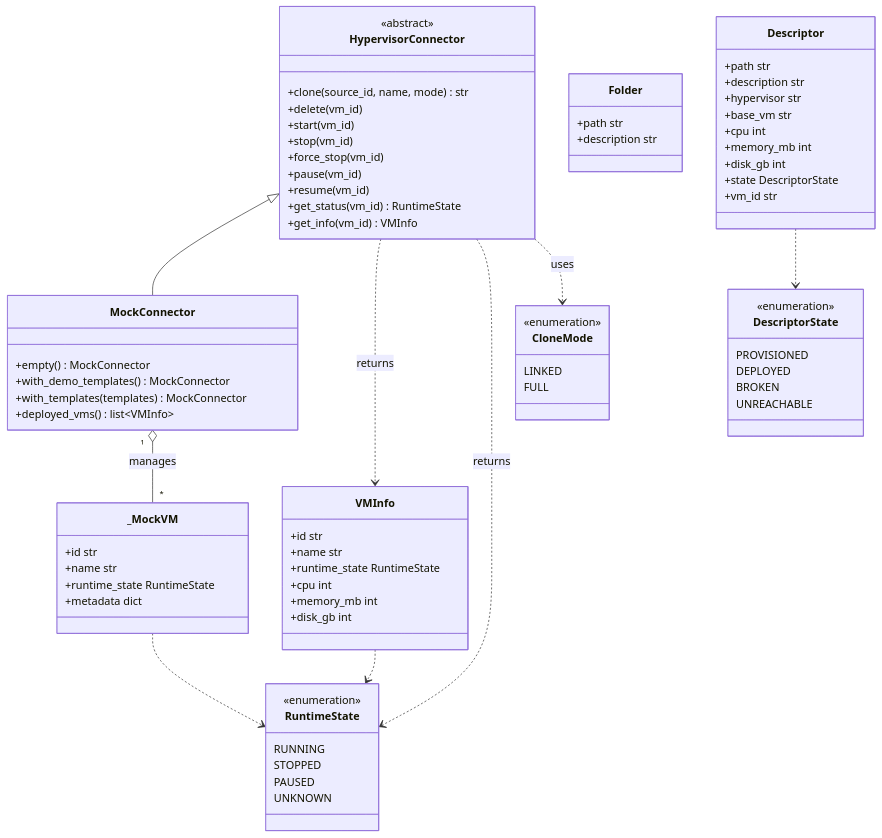
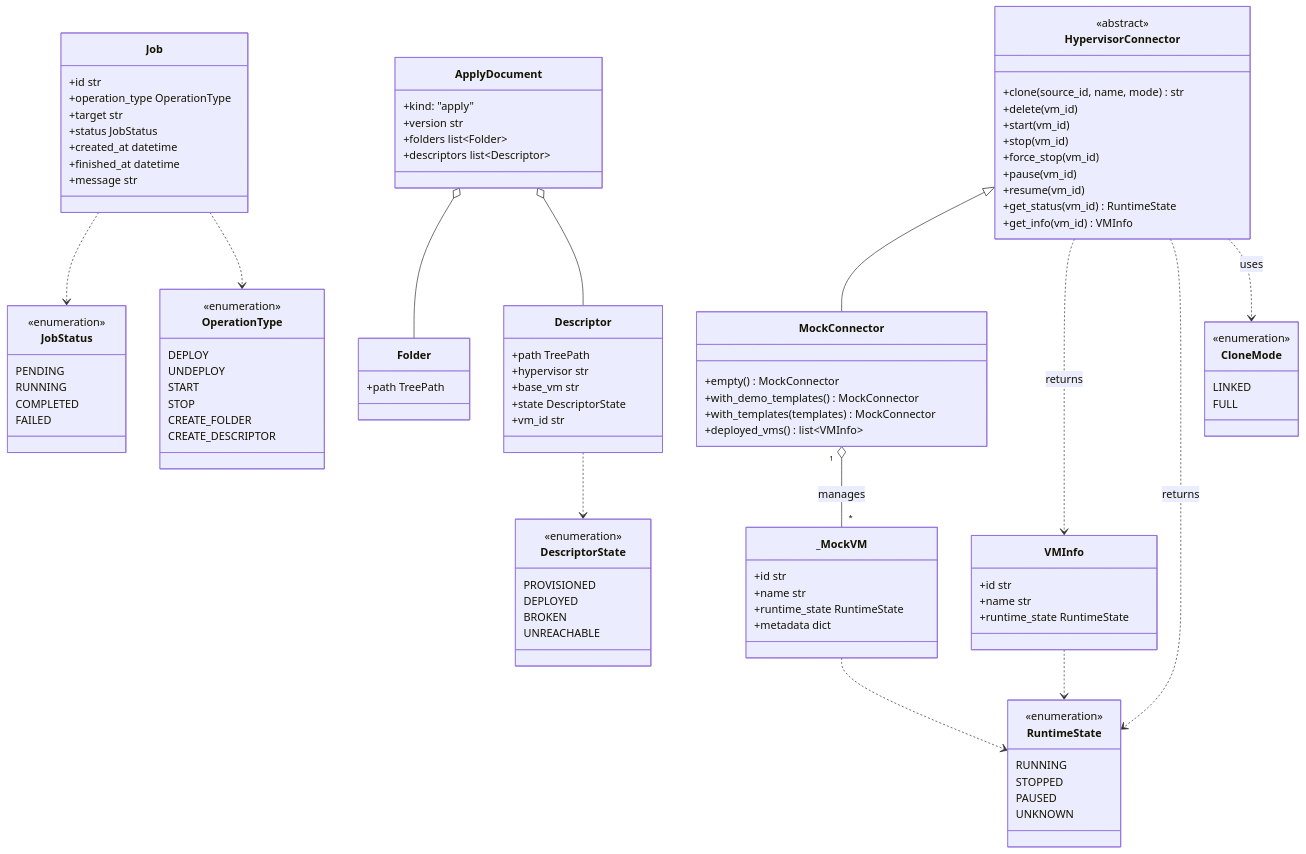
The fifth of 6 diagrams in docs/diagrams.md (clamaveruma/univorch), drawn with Mermaid before and after one commit. The commit also changed other lines of this file and 4 other files, not shown here.

````diff
--- a/docs/diagrams.md
+++ b/docs/diagrams.md
@@ -191,5 +201,28 @@
 ```mermaid
 classDiagram
+    class DescriptorState {
+        <<enumeration>>
+        PROVISIONED
+        DEPLOYED
+        BROKEN
+        UNREACHABLE
+    }
+    class JobStatus {
+        <<enumeration>>
+        PENDING
+        RUNNING
+        COMPLETED
+        FAILED
+    }
+    class OperationType {
+        <<enumeration>>
+        DEPLOY
+        UNDEPLOY
+        START
+        STOP
+        CREATE_FOLDER
+        CREATE_DESCRIPTOR
+    }
     class RuntimeState {
         <<enumeration>>
         RUNNING
@@ -197,22 +230,43 @@
         PAUSED
         UNKNOWN
     }
-
     class CloneMode {
         <<enumeration>>
         LINKED
         FULL
     }
 
+    class Folder {
+        +path TreePath
+    }
+    class Descriptor {
+        +path TreePath
+        +hypervisor str
+        +base_vm str
+        +state DescriptorState
+        +vm_id str
+    }
+    class Job {
+        +id str
+        +operation_type OperationType
+        +target str
+        +status JobStatus
+        +created_at datetime
+        +finished_at datetime
+        +message str
+    }
+    class ApplyDocument {
+        +kind: "apply"
+        +version str
+        +folders list~Folder~
+        +descriptors list~Descriptor~
+    }
+
     class VMInfo {
         +id str
         +name str
         +runtime_state RuntimeState
-        +cpu int
-        +memory_mb int
-        +disk_gb int
     }
-
     class HypervisorConnector {
         <<abstract>>
         +clone(source_id, name, mode) str
@@ -225,14 +279,12 @@
         +get_status(vm_id) RuntimeState
         +get_info(vm_id) VMInfo
     }
-
     class MockConnector {
         +empty() MockConnector
         +with_demo_templates() MockConnector
         +with_templates(templates) MockConnector
         +deployed_vms() list~VMInfo~
     }
-
     class _MockVM {
         +id str
         +name str
@@ -240,31 +292,11 @@
         +metadata dict
     }
 
-    class DescriptorState {
-        <<enumeration>>
-        PROVISIONED
-        DEPLOYED
-        BROKEN
-        UNREACHABLE
-    }
-
-    class Folder {
-        +path str
-        +description str
-    }
-
-    class Descriptor {
-        +path str
-        +description str
-        +hypervisor str
-        +base_vm str
-        +cpu int
-        +memory_mb int
-        +disk_gb int
-        +state DescriptorState
-        +vm_id str
-    }
-
+    Descriptor ..> DescriptorState
+    Job ..> JobStatus
+    Job ..> OperationType
+    ApplyDocument o-- Folder
+    ApplyDocument o-- Descriptor
     HypervisorConnector <|-- MockConnector
     MockConnector "1" o-- "*" _MockVM : manages
     HypervisorConnector ..> VMInfo : returns
@@ -272,5 +304,4 @@
     HypervisorConnector ..> CloneMode : uses
     VMInfo ..> RuntimeState
     _MockVM ..> RuntimeState
-    Descriptor ..> DescriptorState
 ```
````
